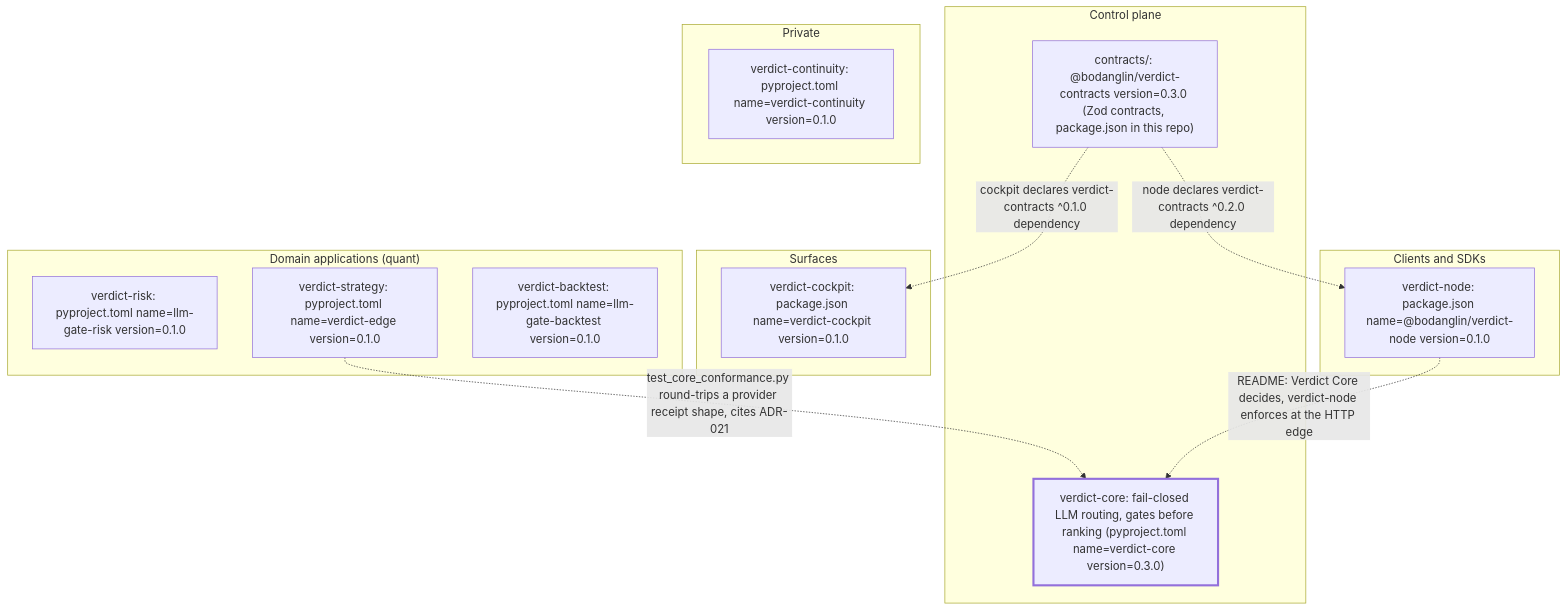
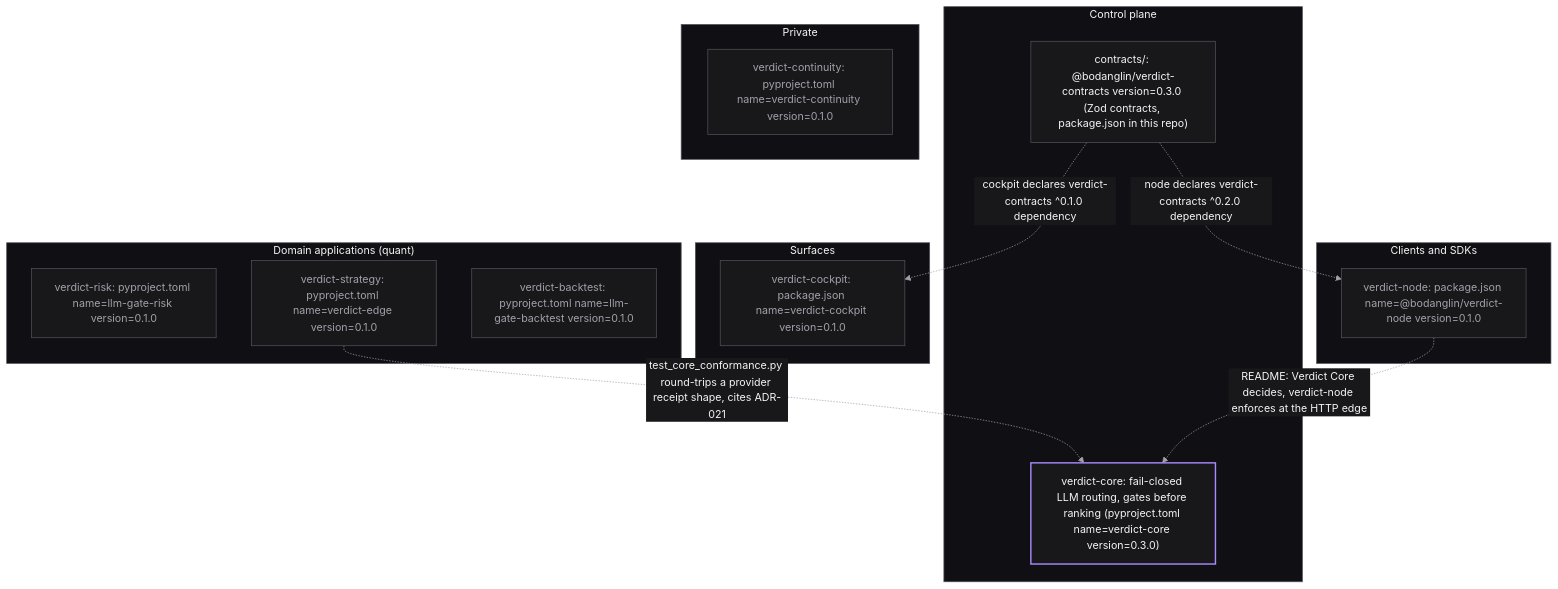
The diagram in diagrams/ecosystem.mmd (mrnicholasbcarter-code/verdict-core), drawn with Mermaid before and after one commit. The commit also changed 10 other files, not shown here.

First line of the commit message:
docs: Verdict visual theme for all Mermaid diagrams

```diff
--- a/diagrams/ecosystem.mmd
+++ b/diagrams/ecosystem.mmd
@@ -1,50 +1,61 @@
 %% ecosystem.mmd -- cross-repo map (supplementary; not embedded in README)
 %% Source (verified against code at this commit):
 %%   pyproject.toml, contracts/package.json (this repo)
 %%   /home/nick/dev/verdict-node/package.json, /home/nick/dev/verdict-cockpit/package.json
 %%   /home/nick/dev/verdict-risk/pyproject.toml, verdict-strategy/pyproject.toml, verdict-backtest/pyproject.toml, verdict-continuity/pyproject.toml
 %%   PyPI/npm publication status is UNVERIFIED (no live network call made); every edge states what a local file DECLARES
+%% Verdict visual theme. Hex from origin/feat/visual-system-core:verdict/design.py PALETTE
+%% (PR #724). Mermaid base themeVariables cannot name classes, so classDef repeats them.
+%% background #101014  surface #18181b  text #f4f4f5  secondary #a1a1aa  muted #92929e
+%% purple #a78bfa  cyan #22b8eb  success #4ade80  amber #f5b00b  red #f87171  border #52525b
+%%{init: {'theme':'base','themeVariables':{'darkMode':true,'background':'#101014','fontFamily':'ui-sans-serif, system-ui, sans-serif','fontSize':'15px','primaryColor':'#18181b','primaryTextColor':'#f4f4f5','primaryBorderColor':'#52525b','secondaryColor':'#18181b','secondaryTextColor':'#f4f4f5','secondaryBorderColor':'#52525b','tertiaryColor':'#101014','tertiaryTextColor':'#f4f4f5','tertiaryBorderColor':'#52525b','lineColor':'#a1a1aa','textColor':'#f4f4f5','mainBkg':'#18181b','nodeTextColor':'#f4f4f5','nodeBorder':'#52525b','clusterBkg':'#101014','clusterBorder':'#52525b','titleColor':'#f4f4f5','edgeLabelBackground':'#18181b','noteBkgColor':'#18181b','noteTextColor':'#f4f4f5','noteBorderColor':'#52525b','actorBkg':'#18181b','actorBorder':'#a78bfa','actorTextColor':'#f4f4f5','signalColor':'#22b8eb','signalTextColor':'#f4f4f5','labelBoxBkgColor':'#18181b','labelTextColor':'#f4f4f5','activationBkgColor':'#101014','activationBorderColor':'#22b8eb','sequenceNumberColor':'#101014'}}}%%
 flowchart TD
     subgraph CP["Control plane"]
         core["verdict-core: fail-closed LLM routing, gates before ranking (pyproject.toml name=verdict-core version=0.3.0)"]
         contracts["contracts/: @bodanglin/verdict-contracts version=0.3.0 (Zod contracts, package.json in this repo)"]
     end
 
     subgraph CS["Clients and SDKs"]
         node["verdict-node: package.json name=@bodanglin/verdict-node version=0.1.0"]
     end
 
     subgraph SF["Surfaces"]
         cockpit["verdict-cockpit: package.json name=verdict-cockpit version=0.1.0"]
     end
 
     subgraph DA["Domain applications (quant)"]
         risk["verdict-risk: pyproject.toml name=llm-gate-risk version=0.1.0"]
         strategy["verdict-strategy: pyproject.toml name=verdict-edge version=0.1.0"]
         backtest["verdict-backtest: pyproject.toml name=llm-gate-backtest version=0.1.0"]
     end
 
     subgraph PV["Private"]
         continuity["verdict-continuity: pyproject.toml name=verdict-continuity version=0.1.0"]
     end
 
     contracts -.->|node declares verdict-contracts ^0.2.0 dependency| node
     contracts -.->|cockpit declares verdict-contracts ^0.1.0 dependency| cockpit
     strategy -.->|test_core_conformance.py round-trips a provider receipt shape, cites ADR-021| core
     node -.->|README: Verdict Core decides, verdict-node enforces at the HTTP edge| core
 
-    classDef flag stroke-width:3px
-    class core flag
+    classDef active fill:#18181b,stroke:#22b8eb,color:#f4f4f5,stroke-width:2px
+    classDef selected fill:#18181b,stroke:#a78bfa,color:#f4f4f5,stroke-width:2px
+    classDef cooldown fill:#18181b,stroke:#f5b00b,color:#f4f4f5,stroke-width:2px
+    classDef failed fill:#18181b,stroke:#f87171,color:#f4f4f5,stroke-width:2px
+    classDef validated fill:#18181b,stroke:#4ade80,color:#f4f4f5,stroke-width:2px
+    classDef muted fill:#18181b,stroke:#52525b,color:#a1a1aa,stroke-width:1px
+    class core selected
+    class node,cockpit,risk,strategy,backtest,continuity muted
 %% evidence: pyproject.toml:18 name = "verdict-core", version = "0.3.0" (this repo)
 %% evidence: contracts/package.json "name": "@bodanglin/verdict-contracts", "version": "0.3.0" (this repo)
 %% evidence: /home/nick/dev/verdict-node/package.json "name": "@bodanglin/verdict-node", "version": "0.1.0", dependencies."@bodanglin/verdict-contracts" = "^0.2.0"
 %% evidence: /home/nick/dev/verdict-cockpit/package.json "name": "verdict-cockpit", "version": "0.1.0", dependencies."@bodanglin/verdict-contracts" = "^0.1.0"
 %% evidence: /home/nick/dev/verdict-risk/pyproject.toml name = "llm-gate-risk", version = "0.1.0" -- NOT named "verdict-risk" as a package
 %% evidence: /home/nick/dev/verdict-strategy/pyproject.toml name = "verdict-edge", version = "0.1.0" -- NOT named "verdict-strategy" as a package
 %% evidence: /home/nick/dev/verdict-backtest/pyproject.toml name = "llm-gate-backtest", version = "0.1.0" -- NOT named "verdict-backtest" as a package
 %% evidence: /home/nick/dev/verdict-continuity/pyproject.toml name = "verdict-continuity", version = "0.1.0"
 %% evidence: /home/nick/dev/verdict-strategy/tests/test_core_conformance.py -- pytest.importorskip("verdict.provider_receipts"); docstring cites ADR-021; builds/round-trips a provider receipt against verdict.provider_receipts
 %% evidence: /home/nick/dev/verdict-node/README.md -- literal quote "Verdict Core decides, verdict-node enforces at the HTTP edge"
 %% UNVERIFIED (would need a live network call, not made here): PyPI publication status of verdict-core, npm publication status of @bodanglin/verdict-contracts / @bodanglin/verdict-node / verdict-cockpit.
 %% UNVERIFIED / STALE: verdict-ecosystem/compatibility-manifest.json is itself out of date (lists verdict-core artifact_version 0.2.0, a null schema_hash for verdict-node) and was NOT used as a source for this diagram.
 %% verdict-risk and verdict-backtest reference verdict-core only in README prose -- no import, no manifest dependency in their pyproject.toml (grepped and confirmed absent). Not drawn as edges.
```
